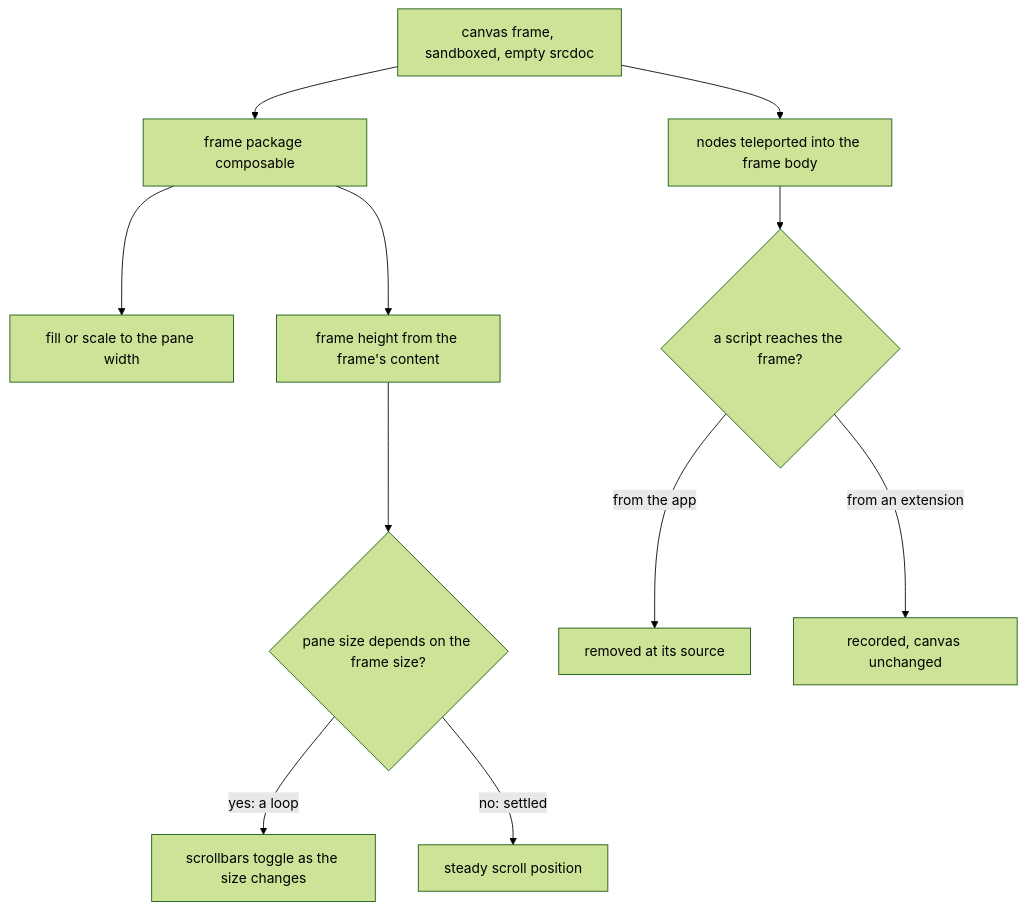
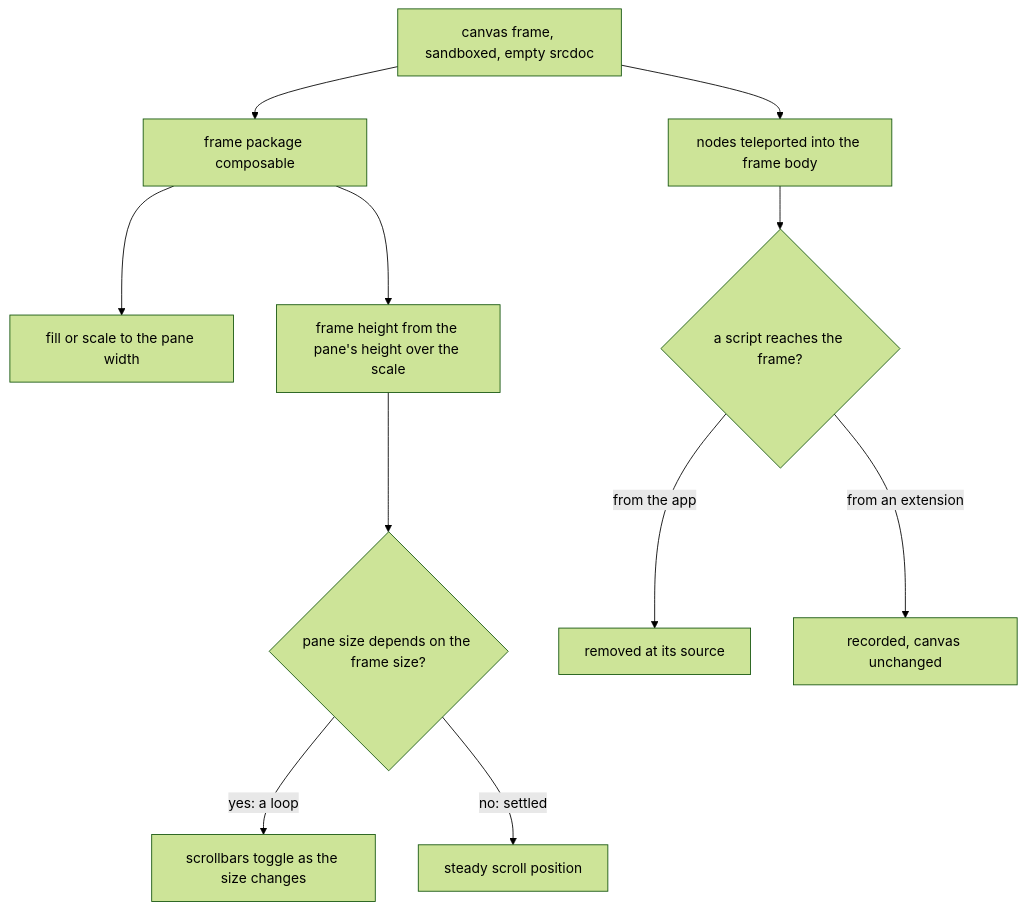
The diagram in openspec/changes/resource-email-canvas-frame/design.md (Esposter/Esposter), drawn with Mermaid (forest theme) before and after one commit. The commit also changed other lines of this file, not shown here.

Commit message:
docs(openspec): the canvas frame's design states its sizing and sanitising as the code has them

````diff
--- a/openspec/changes/resource-email-canvas-frame/design.md
+++ b/openspec/changes/resource-email-canvas-frame/design.md
@@ -9,13 +13,13 @@
 ```mermaid
 flowchart TD
   A[canvas frame, sandboxed, empty srcdoc] --> B[frame package composable]
   B --> C[fill or scale to the pane width]
-  B --> D[frame height from the frame's content]
+  B --> D[frame height from the pane's height over the scale]
   D --> E{pane size depends on the frame size?}
   E -->|yes: a loop| F[scrollbars toggle as the size changes]
   E -->|no: settled| G[steady scroll position]
   A --> H[nodes teleported into the frame body]
   H --> I{a script reaches the frame?}
   I -->|from the app| J[removed at its source]
   I -->|from an extension| K[recorded, canvas unchanged]
 ```
````
